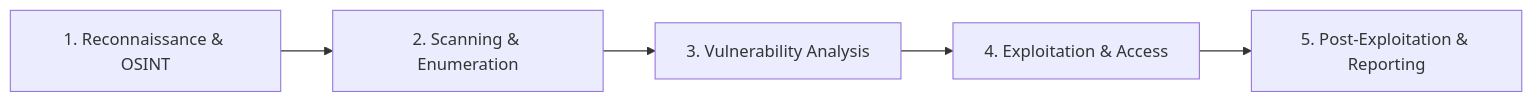
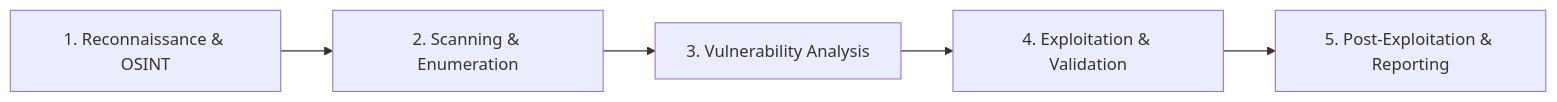
The diagram in priv/static/labs/ethical-hacker-easy-way.md (CloudSecCorner/cloudseccorner.github.io), drawn with Mermaid before and after one commit. The commit also changed other lines of this file and 10 other files, not shown here.

````diff
--- a/priv/static/labs/ethical-hacker-easy-way.md
+++ b/priv/static/labs/ethical-hacker-easy-way.md
@@ -22,7 +34,7 @@
 ```mermaid
 flowchart LR
   P1[1. Reconnaissance & OSINT] --> P2[2. Scanning & Enumeration]
   P2 --> P3[3. Vulnerability Analysis]
-  P3 --> P4[4. Exploitation & Access]
+  P3 --> P4[4. Exploitation & Validation]
   P4 --> P5[5. Post-Exploitation & Reporting]
 ```
````
